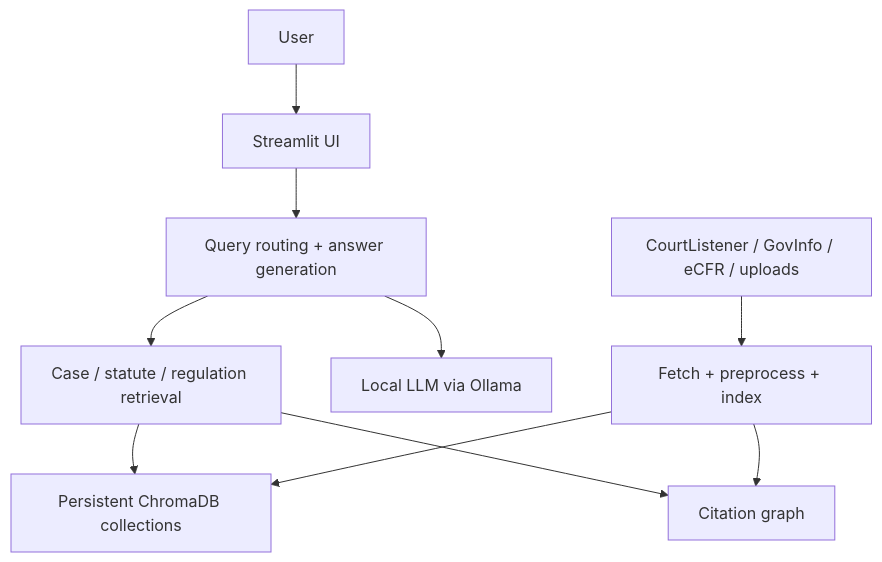
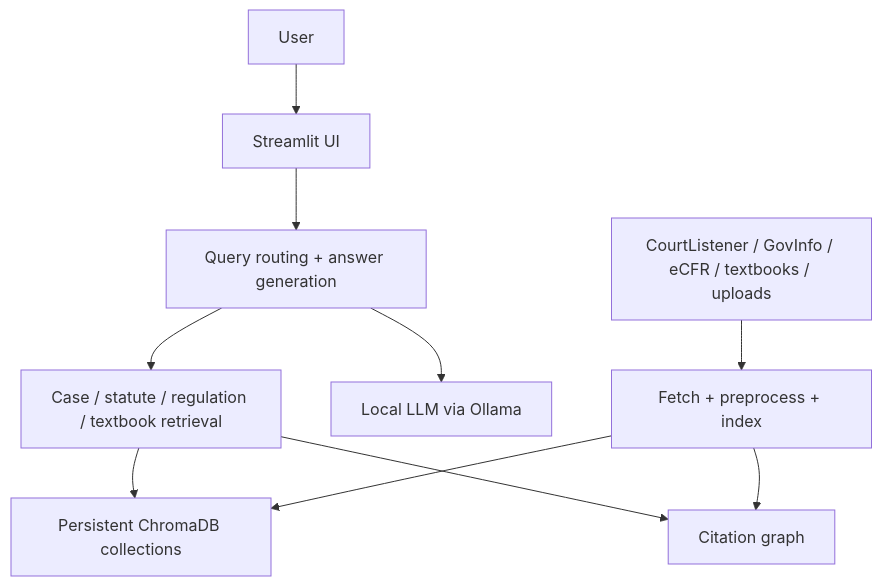
The diagram in README.md (jrmcmill/lexiq), drawn with Mermaid before and after one commit. The commit also changed other lines of this file and 18 other files, not shown here.

````diff
--- a/README.md
+++ b/README.md
@@ -17,12 +17,12 @@
 ```mermaid
 flowchart TD
   User --> Chat[Streamlit UI]
   Chat --> Agent[Query routing + answer generation]
-  Agent --> Retriever[Case / statute / regulation retrieval]
+  Agent --> Retriever[Case / statute / regulation / textbook retrieval]
   Retriever --> Chroma[Persistent ChromaDB collections]
   Retriever --> Graph[Citation graph]
   Agent --> Ollama[Local LLM via Ollama]
-  Data[CourtListener / GovInfo / eCFR / uploads] --> Ingest[Fetch + preprocess + index]
+  Data[CourtListener / GovInfo / eCFR / textbooks / uploads] --> Ingest[Fetch + preprocess + index]
   Ingest --> Chroma
   Ingest --> Graph
 ```
````
